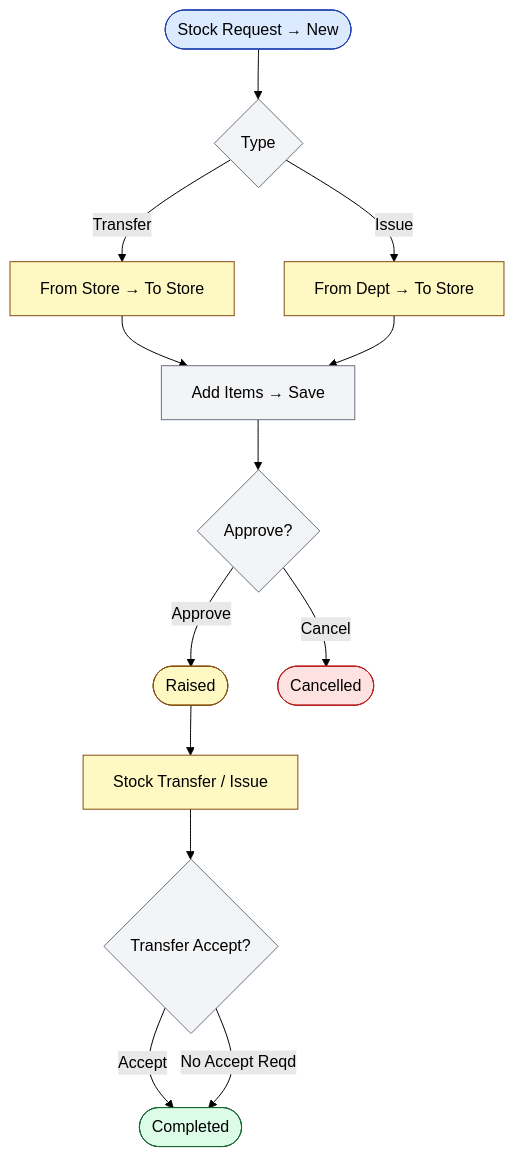
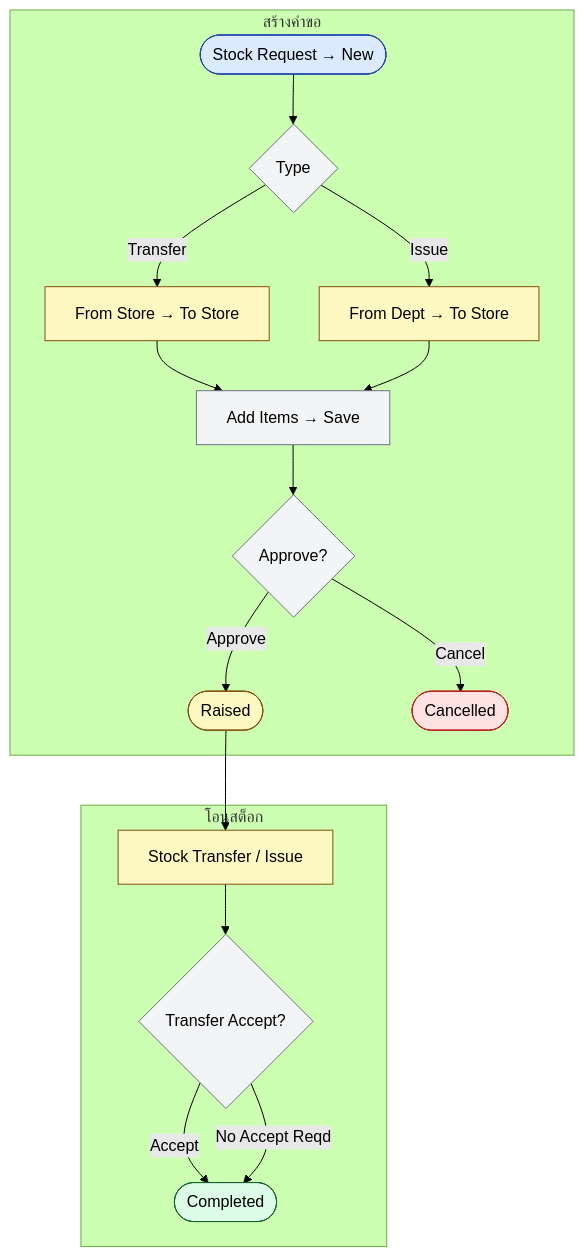
One commit to npnatt12/KMCH-HIS-Wiki changed the diagram in public/charts/inventory-transfer-request-workflow.mmd. Above: the diagram before and after it, drawn with Mermaid (forest theme). The commit also changed 80 other files, not shown here.

First line of the commit message:
feat(charts): restructure all flowcharts with subgraph phases for balanced layout

```diff
--- a/public/charts/inventory-transfer-request-workflow.mmd
+++ b/public/charts/inventory-transfer-request-workflow.mmd
@@ -1,24 +1,28 @@
 graph TB
-  A([Stock Request → New]) --> B{Type}
-  B -->|Transfer| C[From Store → To Store]
-  B -->|Issue| D[From Dept → To Store]
-  C --> E[Add Items → Save]
-  D --> E
-  E --> F{Approve?}
-  F -->|Approve| G([Raised])
-  F -->|Cancel| H([Cancelled])
-  G --> I[Stock Transfer / Issue]
-  I --> J{Transfer Accept?}
-  J -->|Accept| K([Completed])
-  J -->|No Accept Reqd| K
+  subgraph Request["สร้างคำขอ"]
+    A([Stock Request → New]) --> B{Type}
+    B -->|Transfer| C[From Store → To Store]
+    B -->|Issue| D[From Dept → To Store]
+    C --> E[Add Items → Save]
+    D --> E
+    E --> F{Approve?}
+    F -->|Approve| G([Raised])
+    F -->|Cancel| H([Cancelled])
+  end
+  subgraph Transfer["โอนสต็อก"]
+    G --> I[Stock Transfer / Issue]
+    I --> J{Transfer Accept?}
+    J -->|Accept| K([Completed])
+    J -->|No Accept Reqd| K
+  end
   style A fill:#dbeafe,stroke:#1e40af
   style B fill:#f3f4f6,stroke:#6b7280
   style C fill:#fef9c3,stroke:#854d0e
   style D fill:#fef9c3,stroke:#854d0e
   style E fill:#f3f4f6,stroke:#6b7280
   style F fill:#f3f4f6,stroke:#6b7280
   style G fill:#fef9c3,stroke:#854d0e
   style H fill:#fee2e2,stroke:#b91c1c
   style I fill:#fef9c3,stroke:#854d0e
   style J fill:#f3f4f6,stroke:#6b7280
   style K fill:#dcfce7,stroke:#166534
```
